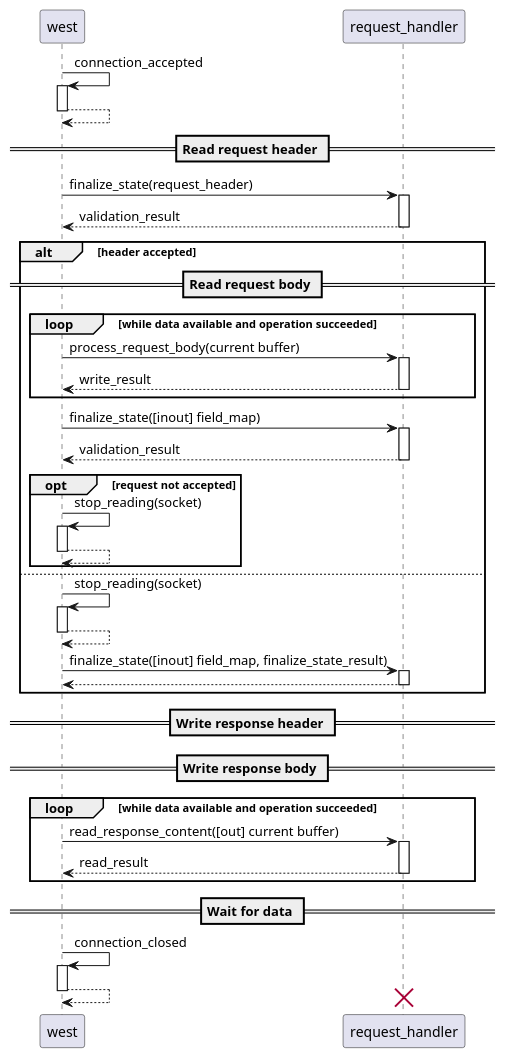
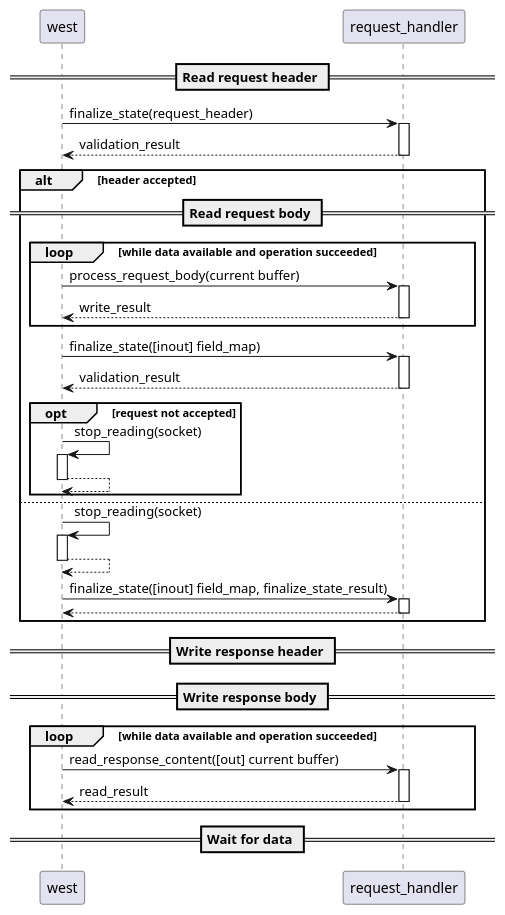
The diagram in doc/request_handling.puml (milasudril/west), drawn with PlantUML before and after one commit. The commit also changed 1 other file, not shown here.

Commit message:
Add diagram showing init sequence

```diff
--- a/doc/request_handling.puml
+++ b/doc/request_handling.puml
@@ -1,36 +1,31 @@
 @startuml
 autoactivate on
-west -> west:connection_accepted
-return
 == Read request header ==
 west -> request_handler:finalize_state(request_header)
 return validation_result
 alt header accepted
 == Read request body ==
 	loop while data available and operation succeeded
 		west -> request_handler:process_request_body(current buffer)
 		return write_result
 	end
 	west -> request_handler:finalize_state([inout] field_map)
 	return validation_result
 	opt request not accepted
 		west -> west:stop_reading(socket)
 		return
 	end
 else
 	west -> west:stop_reading(socket)
 	return
 	west -> request_handler:finalize_state([inout] field_map, finalize_state_result)
 	return
 end
 == Write response header ==
 == Write response body ==
 loop while data available and operation succeeded
 	west -> request_handler:read_response_content([out] current buffer)
 	return read_result
 end
 == Wait for data ==
-west -> west:connection_closed
-return
-destroy request_handler
 @enduml
```
